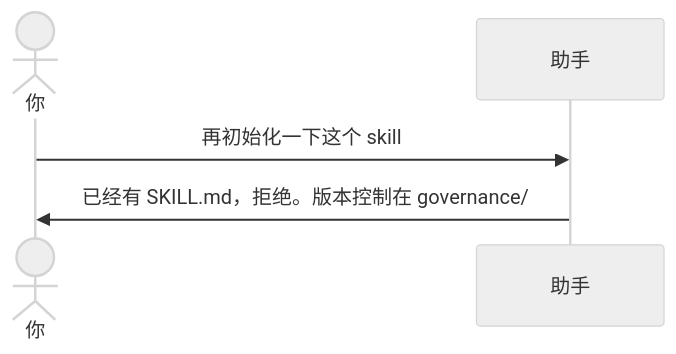
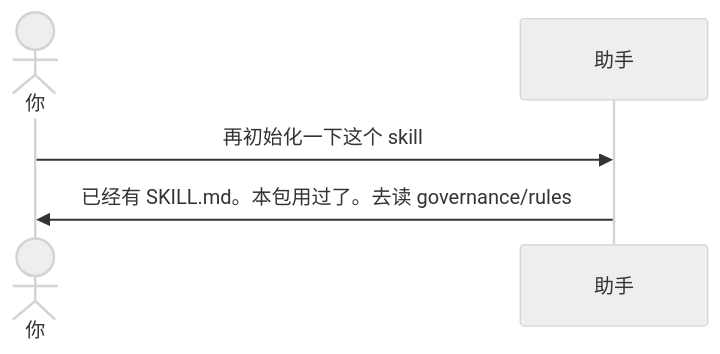
Before and after one commit to qiusuo0226/skill-devkit-skill: the diagram in examples/03-已经是Skill仓.md, drawn with Mermaid (neutral theme). The commit also changed other lines of this file and 28 other files, not shown here.

````diff
--- a/examples/03-已经是Skill仓.md
+++ b/examples/03-已经是Skill仓.md
@@ -11,8 +11,8 @@
 ```mermaid
 sequenceDiagram
     actor You as 你
     participant AI as 助手
 
     You->>AI: 再初始化一下这个 skill
-    AI->>You: 已经有 SKILL.md，拒绝。版本控制在 governance/
+    AI->>You: 已经有 SKILL.md。本包用过了。去读 governance/rules
 ```
````
